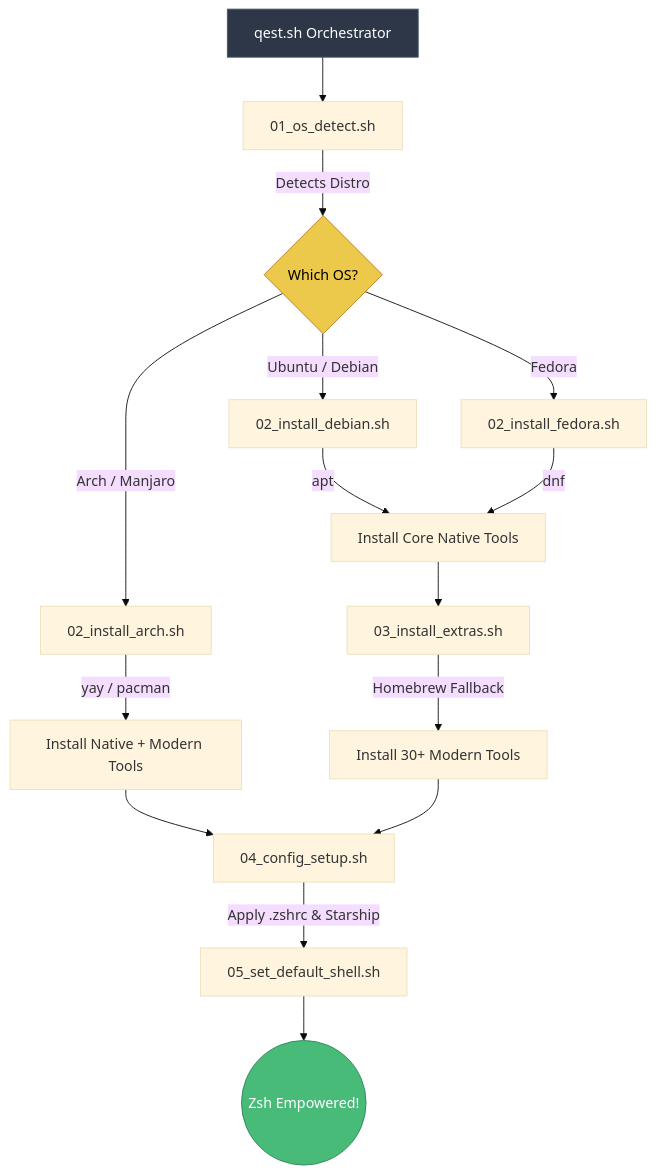
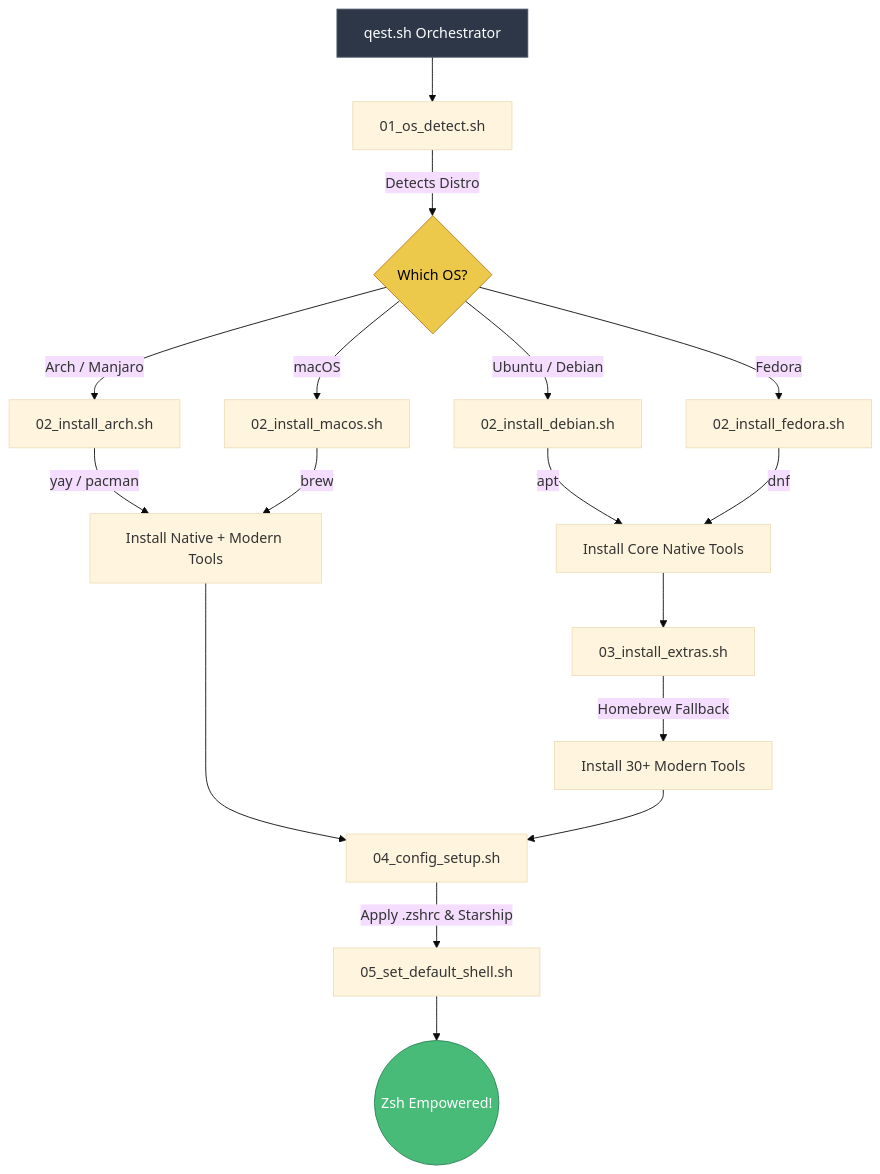
One commit to TinorNoah/QEST changed the diagram in README.md. Above: the diagram before and after it, drawn with Mermaid (base theme). The commit also changed other lines of this file and 16 other files, not shown here.

````diff
--- a/README.md
+++ b/README.md
@@ -135,25 +135,27 @@
 ```mermaid
 graph TD
     A[qest.sh Orchestrator] --> B[01_os_detect.sh]
     B -->|Detects Distro| C{Which OS?}
     
     C -->|Arch / Manjaro| D[02_install_arch.sh]
+    C -->|macOS| N[02_install_macos.sh]
     D -->|yay / pacman| E[Install Native + Modern Tools]
+    N -->|brew| E
     
     C -->|Ubuntu / Debian| F[02_install_debian.sh]
     C -->|Fedora| G[02_install_fedora.sh]
     F -->|apt| H[Install Core Native Tools]
     G -->|dnf| H
     
     H --> I[03_install_extras.sh]
     I -->|Homebrew Fallback| J[Install 30+ Modern Tools]
     
     E --> K[04_config_setup.sh]
     J --> K
     K -->|Apply .zshrc & Starship| L[05_set_default_shell.sh]
     L --> M((Zsh Empowered!))
     
     style A fill:#2D3748,stroke:#4A5568,color:#fff
     style M fill:#48BB78,stroke:#2F855A,color:#fff
     style C fill:#ECC94B,stroke:#B7791F,color:#000
 ```
````
